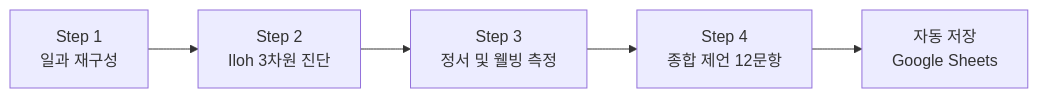
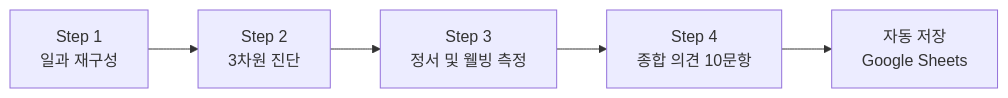
One commit to edu-data/DRM changed the second of 2 diagrams in README.md. Above: the diagram before and after it, drawn with Mermaid. The commit also changed other lines of this file, not shown here.

Commit message:
docs: update README — 10 episodes, 10 questions, checkbox info sources, remove Iloh refs

````diff
--- a/README.md
+++ b/README.md
@@ -179,7 +176,7 @@
 ```mermaid
 flowchart LR
-  A[Step 1<br/>일과 재구성] --> B[Step 2<br/>Iloh 3차원 진단]
+  A[Step 1<br/>일과 재구성] --> B[Step 2<br/>3차원 진단]
   B --> C[Step 3<br/>정서 및 웰빙 측정]
-  C --> D[Step 4<br/>종합 제언 12문항]
+  C --> D[Step 4<br/>종합 의견 10문항]
   D --> E[자동 저장<br/>Google Sheets]
 ```
````
